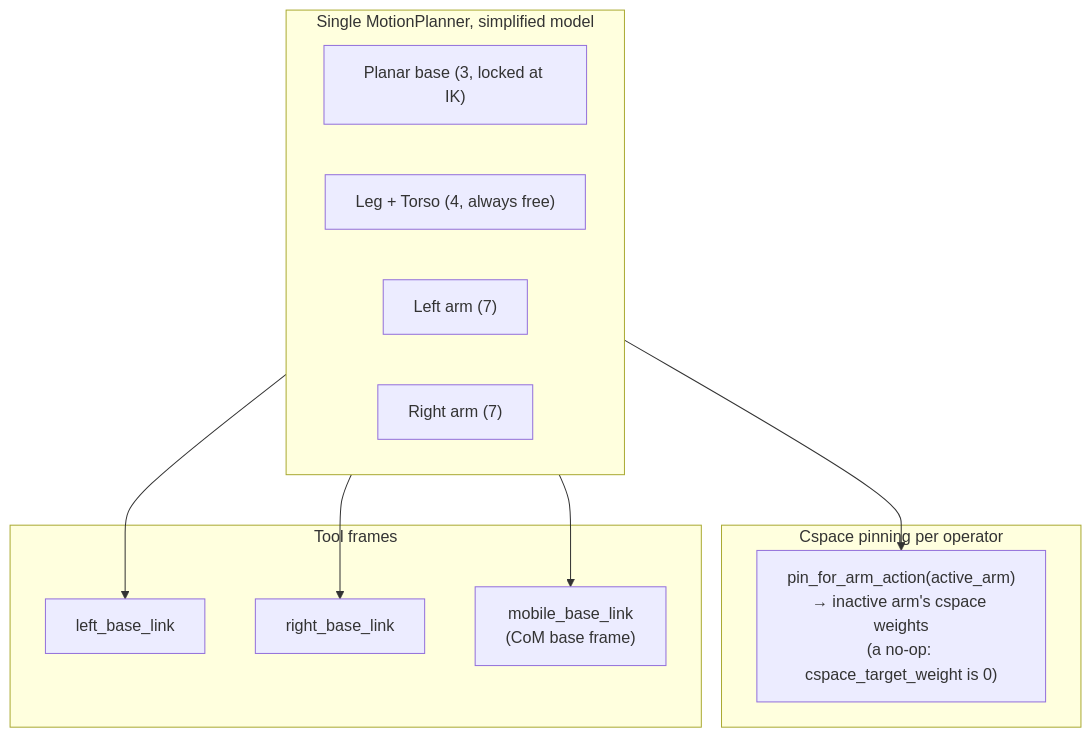
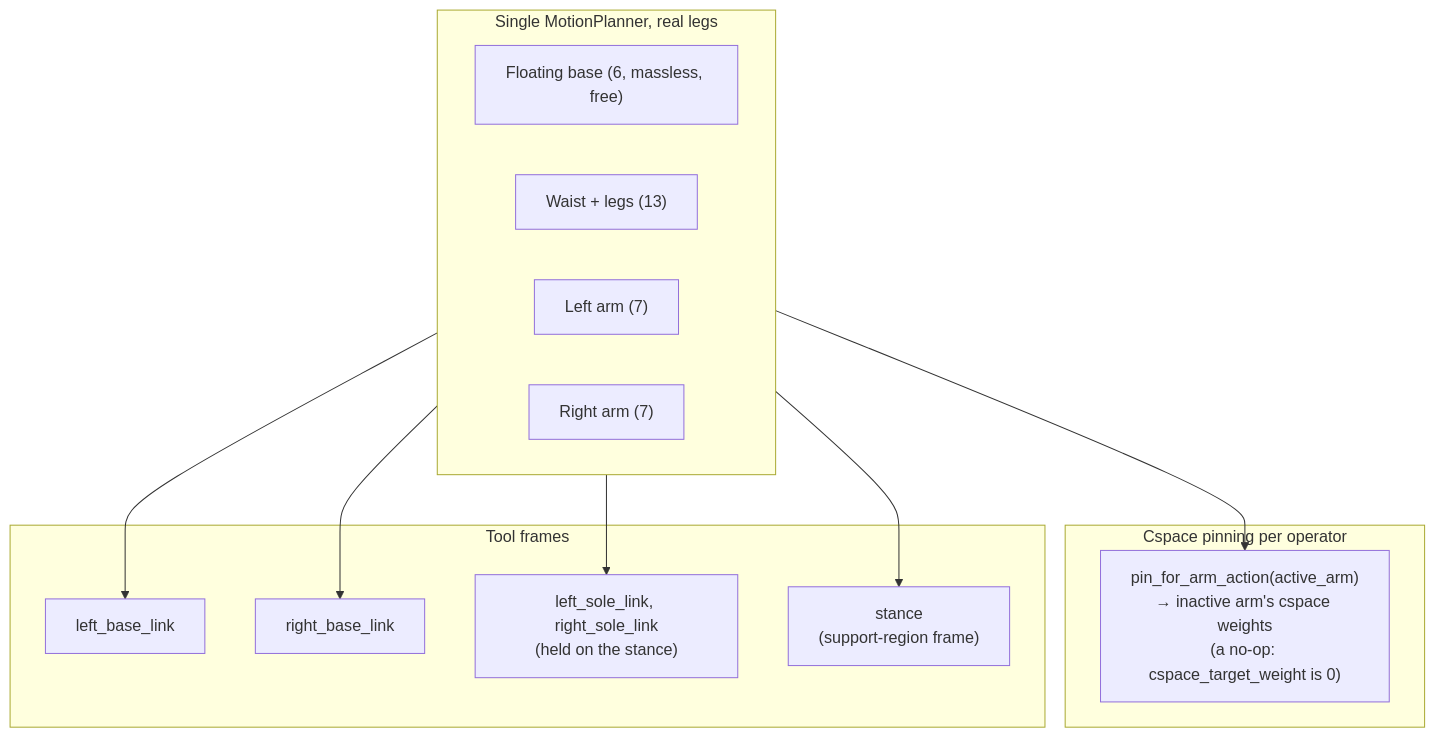
One commit to helpYoon/cuTAMP changed the second of 2 diagrams in README.md. Above: the diagram before and after it, drawn with Mermaid. The commit also changed other lines of this file and 5 other files, not shown here.

First line of the commit message:
docs(readme): describe the real-legs-only planner and where the simplified model lives

````diff
--- a/README.md
+++ b/README.md
@@ -141,24 +147,26 @@
 ```mermaid
 graph TD
-    subgraph Planner [Single MotionPlanner, simplified model]
-        Base["Planar base (3, locked at IK)"]
-        Body["Leg + Torso (4, always free)"]
+    subgraph Planner [Single MotionPlanner, real legs]
+        Base["Floating base (6, massless, free)"]
+        Body["Waist + legs (13)"]
         L["Left arm (7)"]
         R["Right arm (7)"]
     end
 
     subgraph Pinning [Cspace pinning per operator]
         ArmOp["pin_for_arm_action(active_arm)<br/>→ inactive arm's cspace weights<br/>(a no-op: cspace_target_weight is 0)"]
     end
 
     subgraph Tools [Tool frames]
         LT["left_base_link"]
         RT["right_base_link"]
-        BT["mobile_base_link<br/>(CoM base frame)"]
+        ST["left_sole_link, right_sole_link<br/>(held on the stance)"]
+        SF["stance<br/>(support-region frame)"]
     end
 
     Planner --> ArmOp
     Planner --> LT
     Planner --> RT
-    Planner --> BT
+    Planner --> ST
+    Planner --> SF
 ```
````
